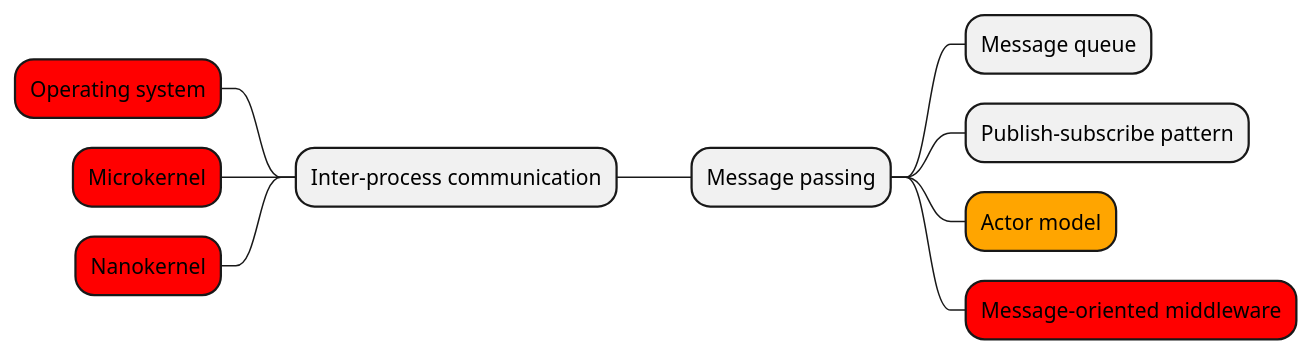
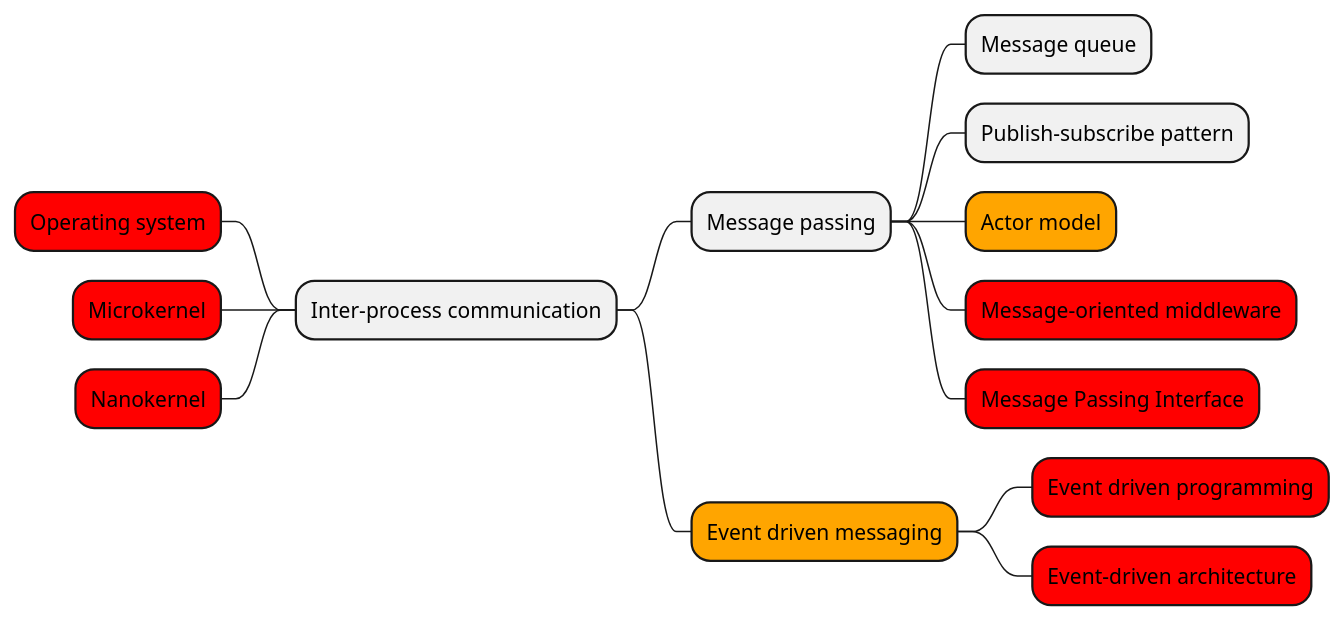
One commit to renemoll/wiki changed the first of 2 diagrams in programming/embedded/project/message-passing.md. Above: the diagram before and after it, drawn with PlantUML. The commit also changed other lines of this file, not shown here.

Commit message:
docs: update programming/embedded/project/message-passing

````diff
--- a/programming/embedded/project/message-passing.md
+++ b/programming/embedded/project/message-passing.md
@@ -15,13 +15,17 @@
 ```plantuml
 @startmindmap
 + Inter-process communication
 --[#Red] Operating system
 --[#Red] Microkernel
 --[#Red] Nanokernel
 ++ Message passing
 +++ Message queue
 +++ Publish–subscribe pattern
 +++[#Orange] Actor model
 +++[#Red] Message-oriented middleware
++++[#Red] Message Passing Interface
+++[#Orange] Event driven messaging
++++[#Red] Event driven programming
++++[#Red] Event-driven architecture
 @endmindmap
 ```
````
